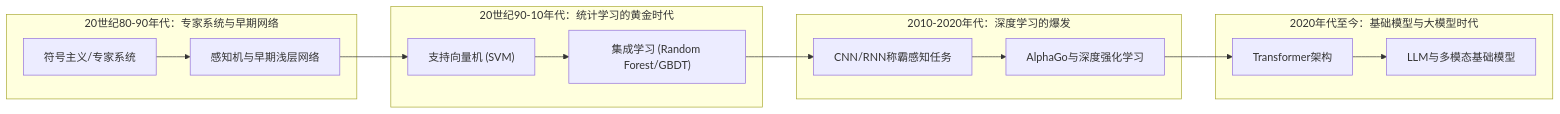
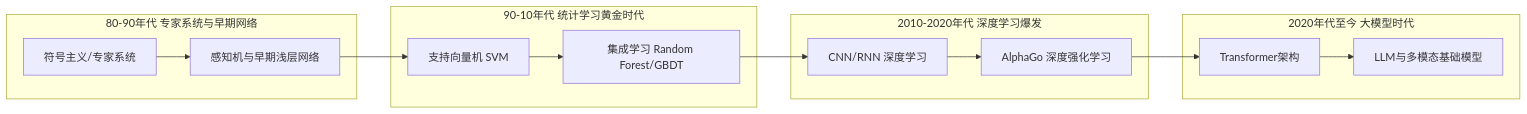
One commit to TingdeLiu/tingdeliu.github.io changed the diagram in _posts/2026-04-03-Machine-Learning-Survey.md. Above: the diagram before and after it, drawn with Mermaid.

Commit message:
Refactor mermaid diagram for improved clarity in Machine Learning Survey post

````diff
--- a/_posts/2026-04-03-Machine-Learning-Survey.md
+++ b/_posts/2026-04-03-Machine-Learning-Survey.md
@@ -97,18 +97,27 @@
 ```mermaid
-flowchart LR
-    subgraph G1980 ["20世纪80-90年代：专家系统与早期网络"]
-        A["符号主义/专家系统"] --> B["感知机与早期浅层网络"]
+graph LR
+    A["符号主义/专家系统"] --> B["感知机与早期浅层网络"]
+    B --> C["支持向量机 SVM"]
+    C --> D["集成学习 Random Forest/GBDT"]
+    D --> E["CNN/RNN 深度学习"]
+    E --> F["AlphaGo 深度强化学习"]
+    F --> G["Transformer架构"]
+    G --> H["LLM与多模态基础模型"]
+
+    subgraph era1 ["80-90年代 专家系统与早期网络"]
+        A
+        B
     end
-    B --> C
-    subgraph G2000 ["20世纪90-10年代：统计学习的黄金时代"]
-        C["支持向量机 (SVM)"] --> D["集成学习 (Random Forest/GBDT)"]
+    subgraph era2 ["90-10年代 统计学习黄金时代"]
+        C
+        D
     end
-    D --> E
-    subgraph G2010 ["2010-2020年代：深度学习的爆发"]
-        E["CNN/RNN称霸感知任务"] --> F["AlphaGo与深度强化学习"]
+    subgraph era3 ["2010-2020年代 深度学习爆发"]
+        E
+        F
     end
-    F --> G
-    subgraph G2020 ["2020年代至今：基础模型与大模型时代"]
-        G["Transformer架构"] --> H["LLM与多模态基础模型"]
+    subgraph era4 ["2020年代至今 大模型时代"]
+        G
+        H
     end
 ```
````
